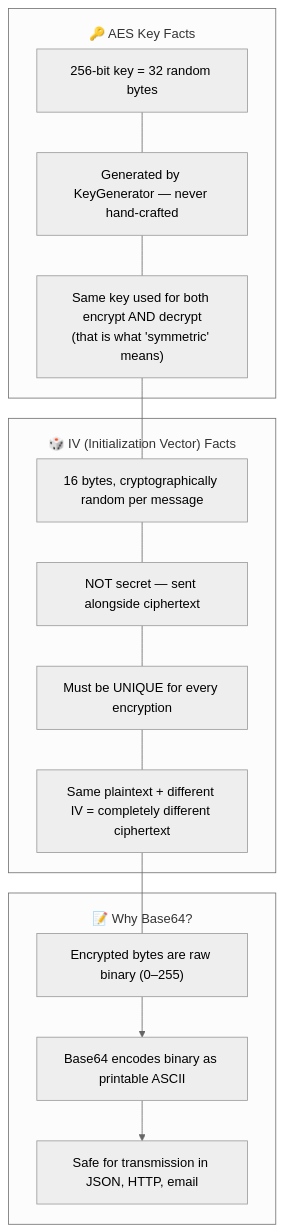
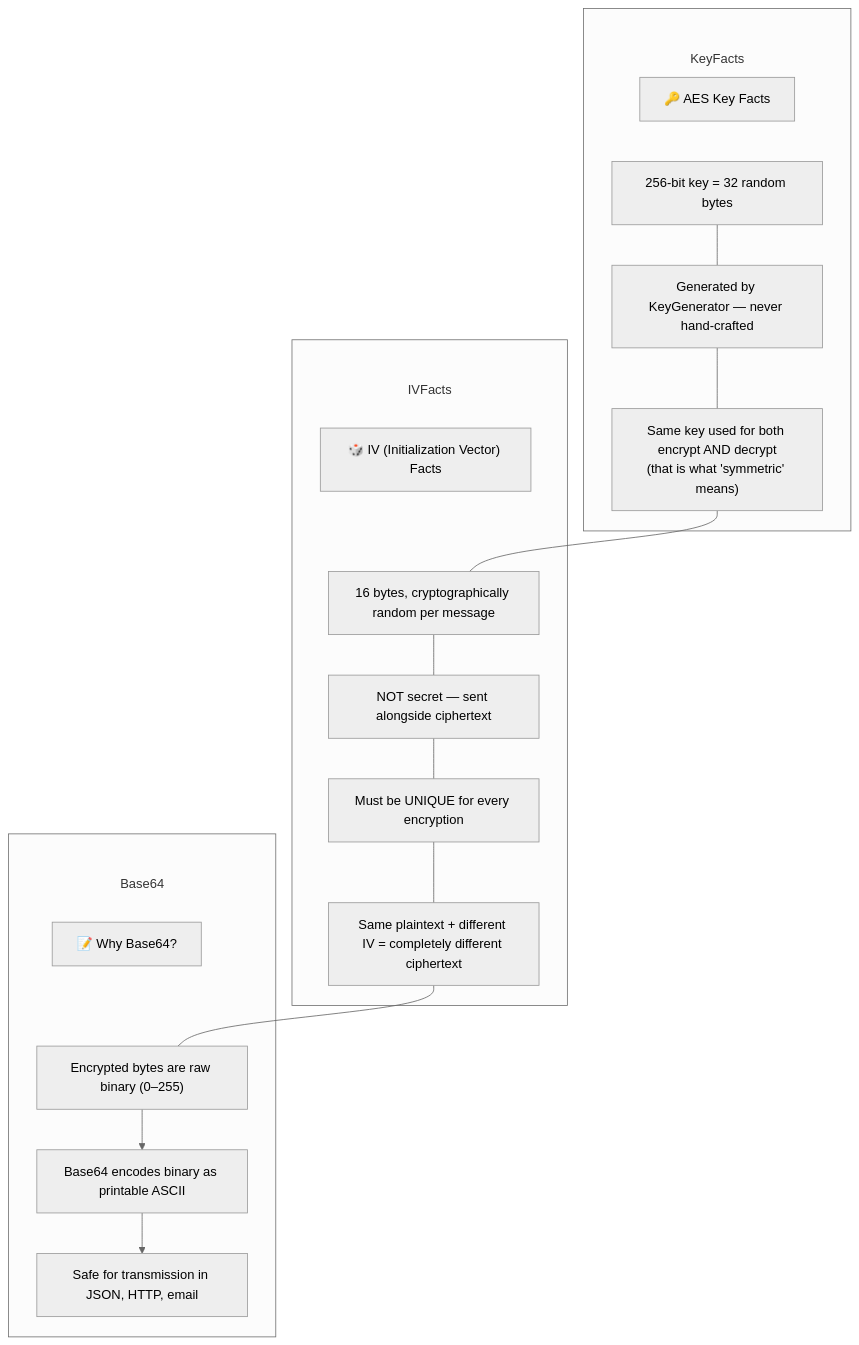
The third of 3 diagrams in src/main/java/security/encryption/symmetric/README.md (csoares/SecurityJava), drawn with Mermaid (neutral theme) before and after one commit. The commit also changed other lines of this file and 11 other files, not shown here.

First line of the commit message:
Fix Mermaid subgraph title overlap by moving labels into title nodes

````diff
--- a/src/main/java/security/encryption/symmetric/README.md
+++ b/src/main/java/security/encryption/symmetric/README.md
@@ -54,28 +56,34 @@
 ```mermaid
-%%{init: {'flowchart': {'subGraphTitleMargin': {'top': 20, 'bottom': 5}}}}%%
+%%{init: {'flowchart': {'subGraphTitleMargin': {'top': 50, 'bottom': 10}}}}%%
 flowchart TD
-    subgraph KeyFacts ["🔑 AES Key Facts"]
+    subgraph KeyFacts
+        T_KeyFacts["🔑 AES Key Facts"]
+        T_KeyFacts ~~~ KF1
         KF1["256-bit key = 32 random bytes"]
         KF2["Generated by KeyGenerator — never hand-crafted"]
         KF3["Same key used for both encrypt AND decrypt<br/>(that is what 'symmetric' means)"]
         KF1 --- KF2 --- KF3
     end
 
-    subgraph IVFacts ["🎲 IV (Initialization Vector) Facts"]
+    subgraph IVFacts
+        T_IVFacts["🎲 IV (Initialization Vector) Facts"]
+        T_IVFacts ~~~ IV1
         IV1["16 bytes, cryptographically random per message"]
         IV2["NOT secret — sent alongside ciphertext"]
         IV3["Must be UNIQUE for every encryption"]
         IV4["Same plaintext + different IV = completely different ciphertext"]
         IV1 --- IV2 --- IV3 --- IV4
     end
 
-    subgraph Base64 ["📝 Why Base64?"]
+    subgraph Base64
+        T_Base64["📝 Why Base64?"]
+        T_Base64 ~~~ B1
         B1["Encrypted bytes are raw binary (0–255)"]
         B2["Base64 encodes binary as printable ASCII"]
         B3["Safe for transmission in JSON, HTTP, email"]
         B1 --> B2 --> B3
     end
 
     KF3 --- IV1
     IV4 --- B1
 ```
````
